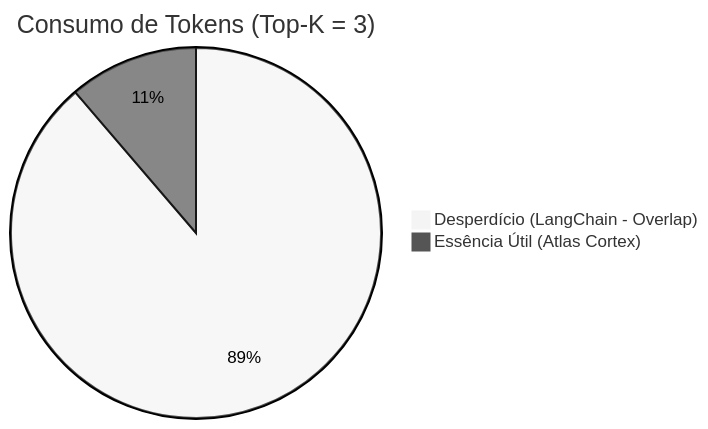
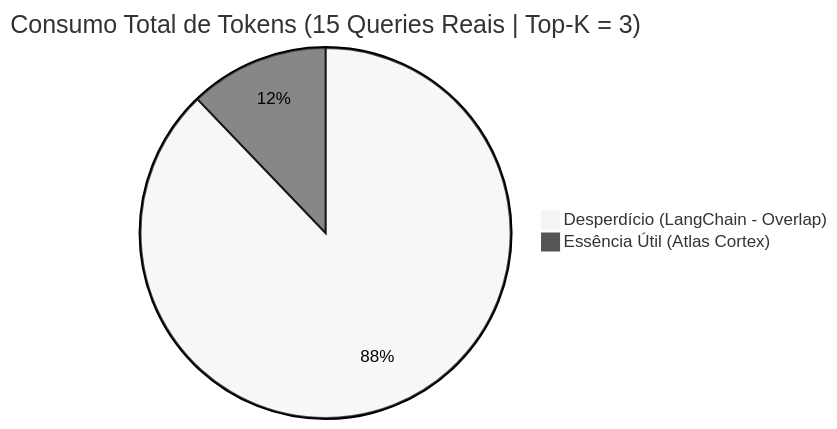
One commit to icaroths/Atlas-Cortex changed the diagram in README.md. Above: the diagram before and after it, drawn with Mermaid (neutral theme). The commit also changed other lines of this file and 3 other files, not shown here.

````diff
--- a/README.md
+++ b/README.md
@@ -77,5 +79,5 @@
 ```mermaid
-pie title Consumo de Tokens (Top-K = 3)
-    "Desperdício (LangChain - Overlap)" : 637
-    "Essência Útil (Atlas Cortex)" : 81
+pie title Consumo Total de Tokens (15 Queries Reais | Top-K = 3)
+    "Desperdício (LangChain - Overlap)" : 9461
+    "Essência Útil (Atlas Cortex)" : 1309
 ```
````
